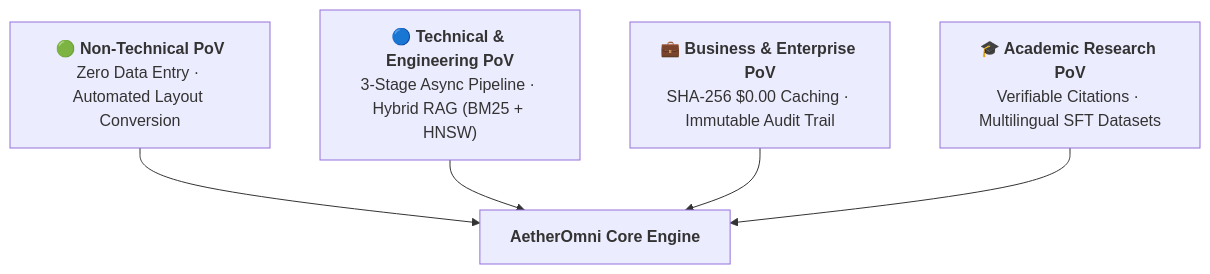
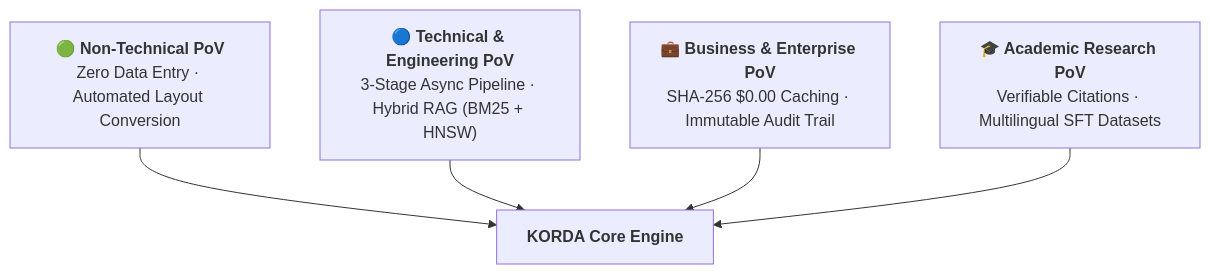
Before and after one commit to lucivskvn/AetherOmni: the first of 2 diagrams in README.md, drawn with Mermaid. The commit also changed other lines of this file and 3 other files, not shown here.

````diff
--- a/README.md
+++ b/README.md
@@ -31,12 +31,12 @@
 ```mermaid
 flowchart TD
     Sub1["<b>🟢 Non-Technical PoV</b><br>Zero Data Entry · Automated Layout Conversion"]
     Sub2["<b>🔵 Technical & Engineering PoV</b><br>3-Stage Async Pipeline · Hybrid RAG (BM25 + HNSW)"]
     Sub3["<b>💼 Business & Enterprise PoV</b><br>SHA-256 $0.00 Caching · Immutable Audit Trail"]
     Sub4["<b>🎓 Academic Research PoV</b><br>Verifiable Citations · Multilingual SFT Datasets"]
 
-    Sub1 --> Pipeline["<b>AetherOmni Core Engine</b>"]
+    Sub1 --> Pipeline["<b>KORDA Core Engine</b>"]
     Sub2 --> Pipeline
     Sub3 --> Pipeline
     Sub4 --> Pipeline
 ```
````
